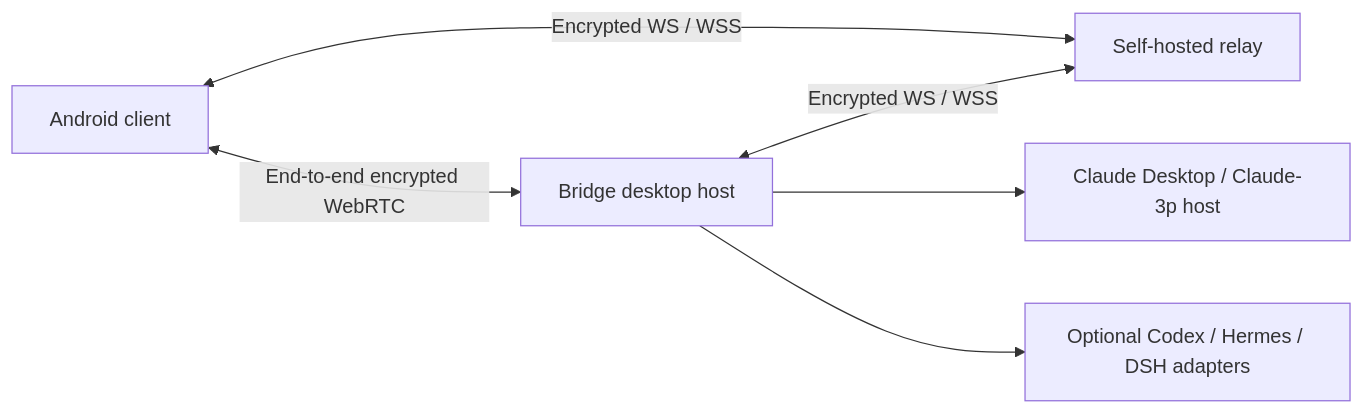
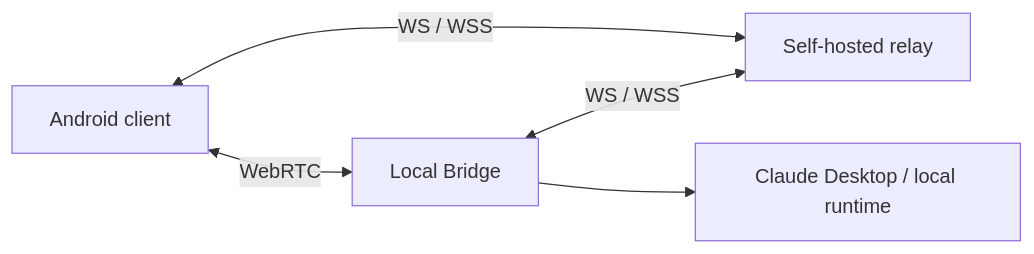
One commit to Lycidas97/claude-desktop-bridge changed the diagram in README_EN.md. Above: the diagram before and after it, drawn with Mermaid. The commit also changed other lines of this file and 4 other files, not shown here.

````diff
--- a/README_EN.md
+++ b/README_EN.md
@@ -70,8 +98,7 @@
 ```mermaid
 flowchart LR
-  A[Android client] <-->|End-to-end encrypted WebRTC| B[Bridge desktop host]
-  A <-->|Encrypted WS / WSS| R[Self-hosted relay]
-  B <-->|Encrypted WS / WSS| R
-  B --> C[Claude Desktop / Claude-3p host]
-  B --> O[Optional Codex / Hermes / DSH adapters]
+  Phone[Android client] <-->|WebRTC| Host[Local Bridge]
+  Phone <-->|WS / WSS| Relay[Self-hosted relay]
+  Host <-->|WS / WSS| Relay
+  Host --> Runtime[Claude Desktop / local runtime]
 ```
````
